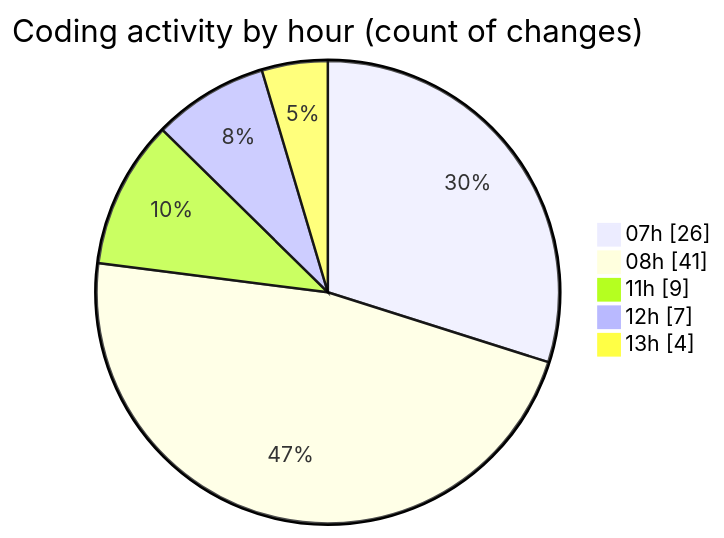
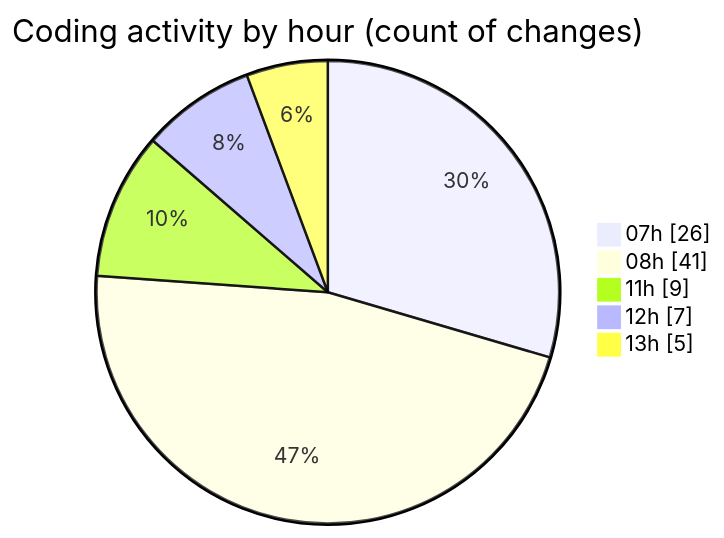
One commit to vahidmafi/code-tracking changed the second of 2 diagrams in 2025-10-04/shop/README.md. Above: the diagram before and after it, drawn with Mermaid. The commit also changed other lines of this file and 1 other file, not shown here.

````diff
--- a/2025-10-04/shop/README.md
+++ b/2025-10-04/shop/README.md
@@ -51,9 +51,9 @@
 ```mermaid
 pie showData
 title Coding activity by hour (count of changes)
 "07h" : 26
 "08h" : 41
 "11h" : 9
 "12h" : 7
-"13h" : 4
+"13h" : 5
 ```
````
